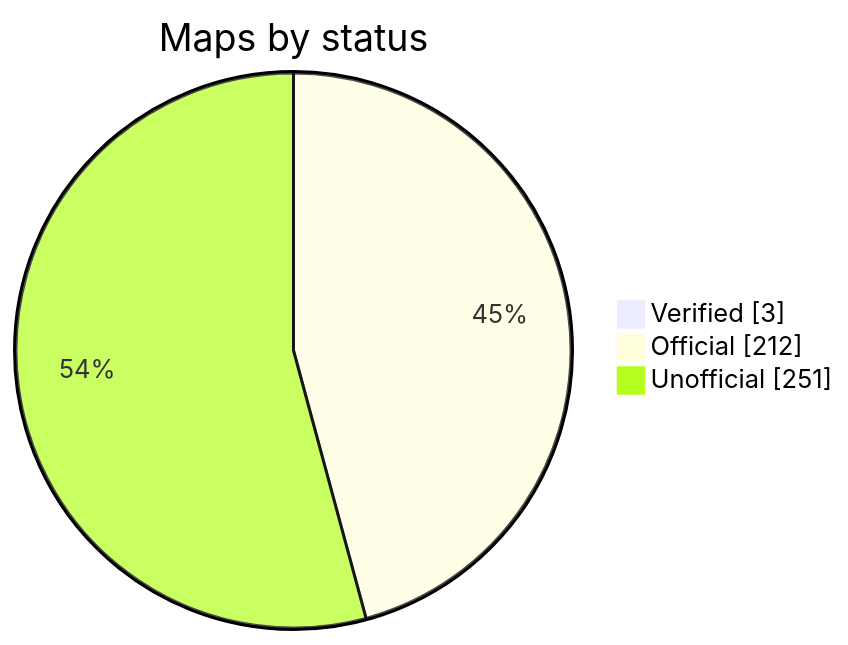
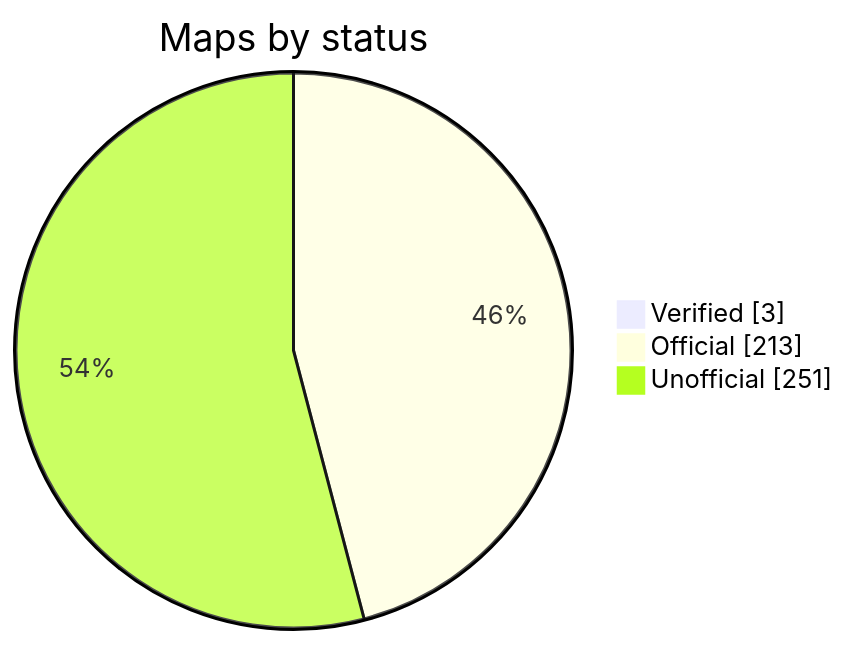
The diagram in README.md (nobrega8/mbmap-library), drawn with Mermaid before and after one commit. The commit also changed 2 other files, not shown here.

Commit message:
Add Chauvin Arnoux ENERIUM 100/200/300 V2

````diff
--- a/README.md
+++ b/README.md
@@ -48,7 +48,7 @@
 ```mermaid
 pie showData
     title Maps by status
     "Verified" : 3
-    "Official" : 212
+    "Official" : 213
     "Unofficial" : 251
 ```
````
